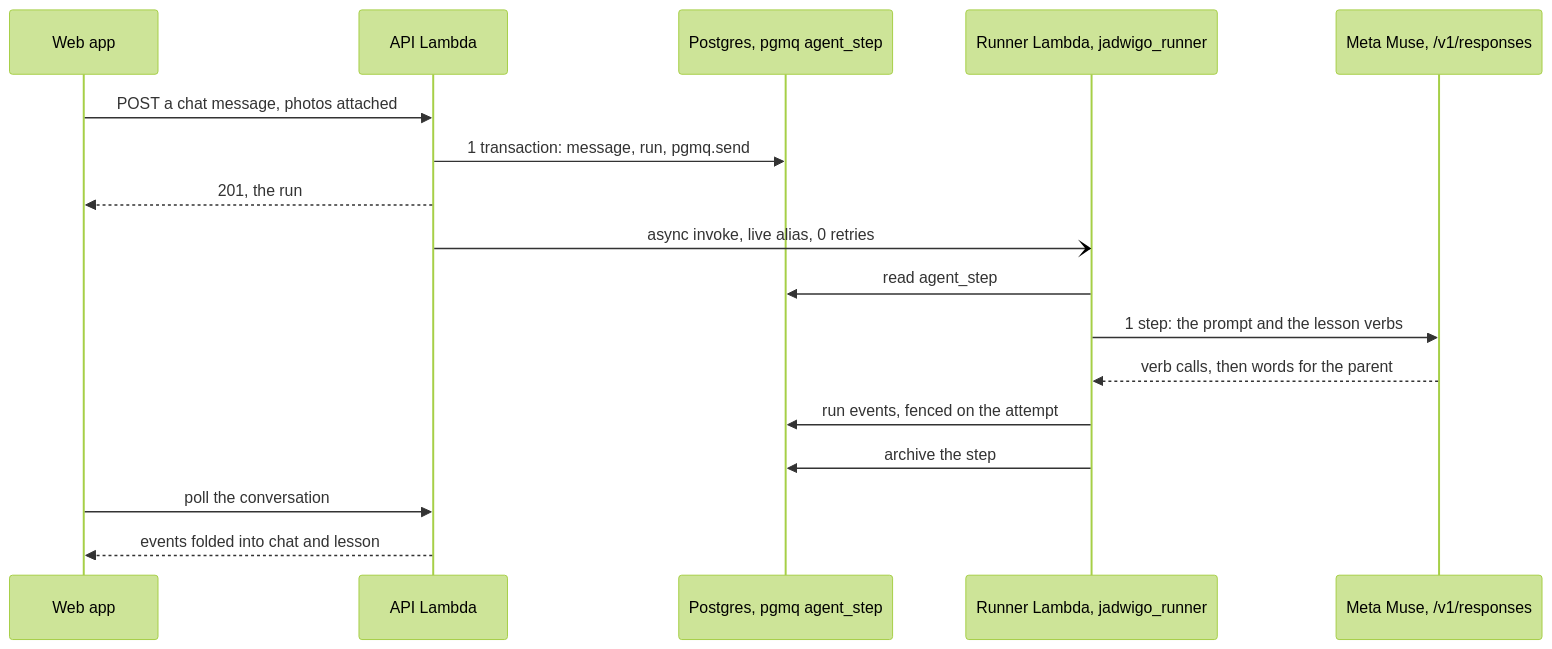
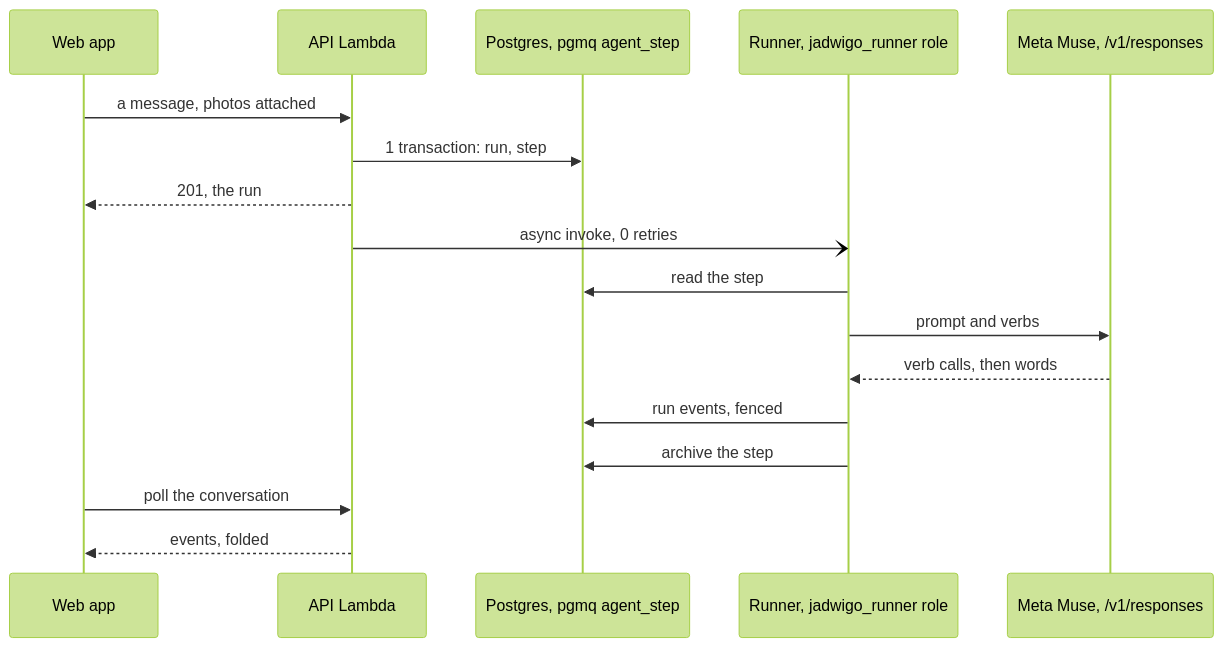
One commit to vasyl-stanislavchuk/jadwigo-hackathon changed the diagram in apps/docs/src/lib/diagrams/runner-turn.mmd. Above: the diagram before and after it, drawn with Mermaid (forest theme). The commit also changed 69 other files, not shown here.

First line of the commit message:
dl-5ssh.90.53.20: architecture as a C4 ladder, every diagram redrawn in Medallion (#946)

```diff
--- a/apps/docs/src/lib/diagrams/runner-turn.mmd
+++ b/apps/docs/src/lib/diagrams/runner-turn.mmd
@@ -1,17 +1,17 @@
 sequenceDiagram
   participant W as Web app
-  participant API as API Lambda
-  participant PG as Postgres, pgmq agent_step
-  participant R as Runner Lambda, jadwigo_runner
+  participant A as API Lambda
+  participant P as Postgres, pgmq agent_step
+  participant R as Runner, jadwigo_runner role
   participant M as Meta Muse, /v1/responses
-  W->>API: POST a chat message, photos attached
-  API->>PG: 1 transaction: message, run, pgmq.send
-  API-->>W: 201, the run
-  API-)R: async invoke, live alias, 0 retries
-  R->>PG: read agent_step
-  R->>M: 1 step: the prompt and the lesson verbs
-  M-->>R: verb calls, then words for the parent
-  R->>PG: run events, fenced on the attempt
-  R->>PG: archive the step
-  W->>API: poll the conversation
-  API-->>W: events folded into chat and lesson
+  W->>A: a message, photos attached
+  A->>P: 1 transaction: run, step
+  A-->>W: 201, the run
+  A-)R: async invoke, 0 retries
+  R->>P: read the step
+  R->>M: prompt and verbs
+  M-->>R: verb calls, then words
+  R->>P: run events, fenced
+  R->>P: archive the step
+  W->>A: poll the conversation
+  A-->>W: events, folded
```
